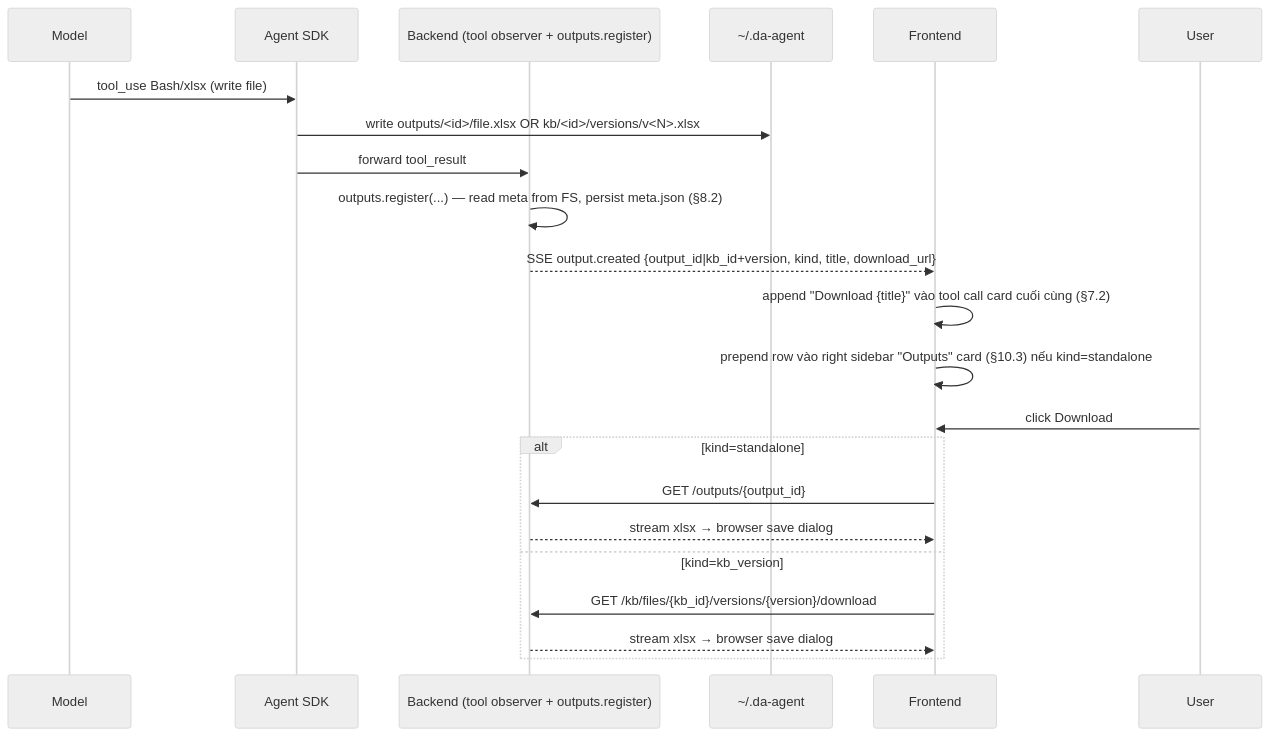
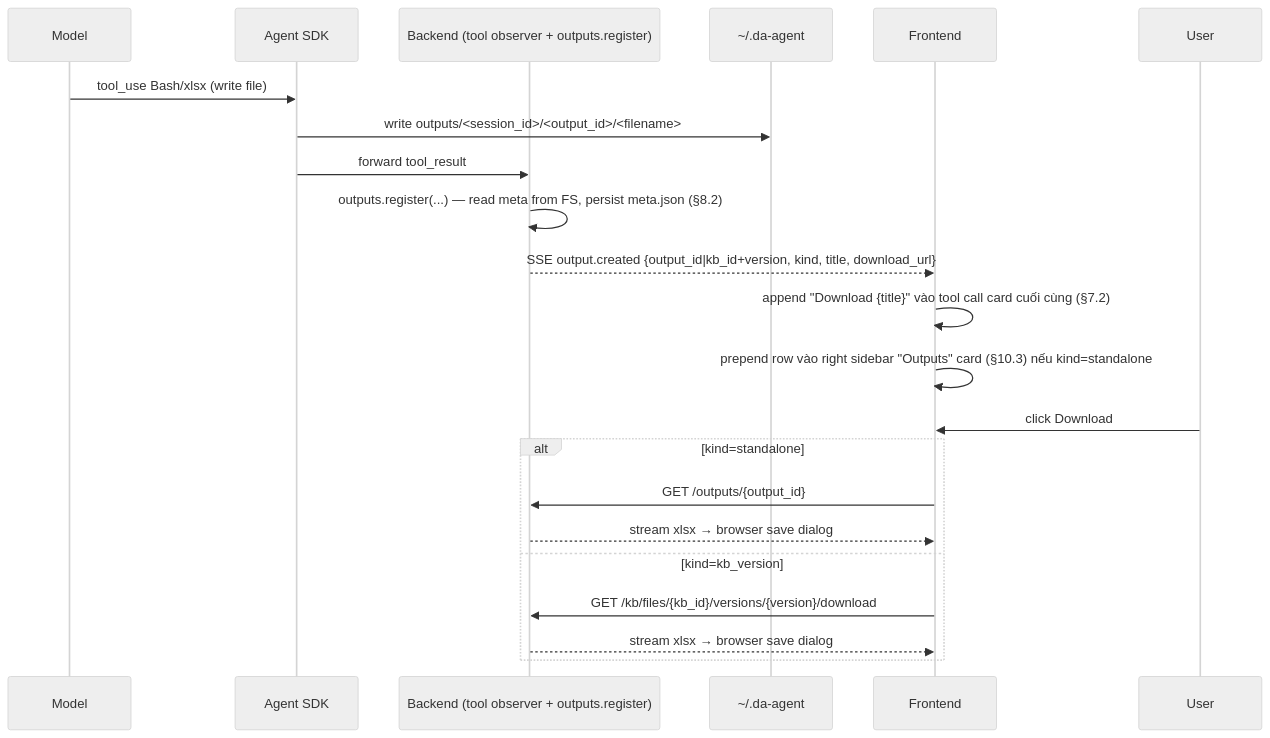
The sixth of 8 diagrams in docs/ui-ux-spec.md (PhuongBui712/da-agent-be), drawn with Mermaid (neutral theme) before and after one commit. The commit also changed other lines of this file and 2 other files, not shown here.

````diff
--- a/docs/ui-ux-spec.md
+++ b/docs/ui-ux-spec.md
@@ -1012,25 +1025,25 @@
 ```mermaid
 sequenceDiagram
   participant M as Model
   participant SDK as Agent SDK
   participant BE as Backend (tool observer + outputs.register)
   participant FS as ~/.da-agent
   participant FE as Frontend
   participant U as User
 
   M->>SDK: tool_use Bash/xlsx (write file)
-  SDK->>FS: write outputs/<id>/file.xlsx OR kb/<id>/versions/v<N>.xlsx
+  SDK->>FS: write outputs/<session_id>/<output_id>/<filename>
   SDK->>BE: forward tool_result
   BE->>BE: outputs.register(...) — read meta from FS, persist meta.json (§8.2)
   BE-->>FE: SSE output.created {output_id|kb_id+version, kind, title, download_url}
   FE->>FE: append "Download {title}" vào tool call card cuối cùng (§7.2)
   FE->>FE: prepend row vào right sidebar "Outputs" card (§10.3) nếu kind=standalone
   U->>FE: click Download
   alt kind=standalone
     FE->>BE: GET /outputs/{output_id}
     BE-->>FE: stream xlsx → browser save dialog
   else kind=kb_version
     FE->>BE: GET /kb/files/{kb_id}/versions/{version}/download
     BE-->>FE: stream xlsx → browser save dialog
   end
 ```
````
